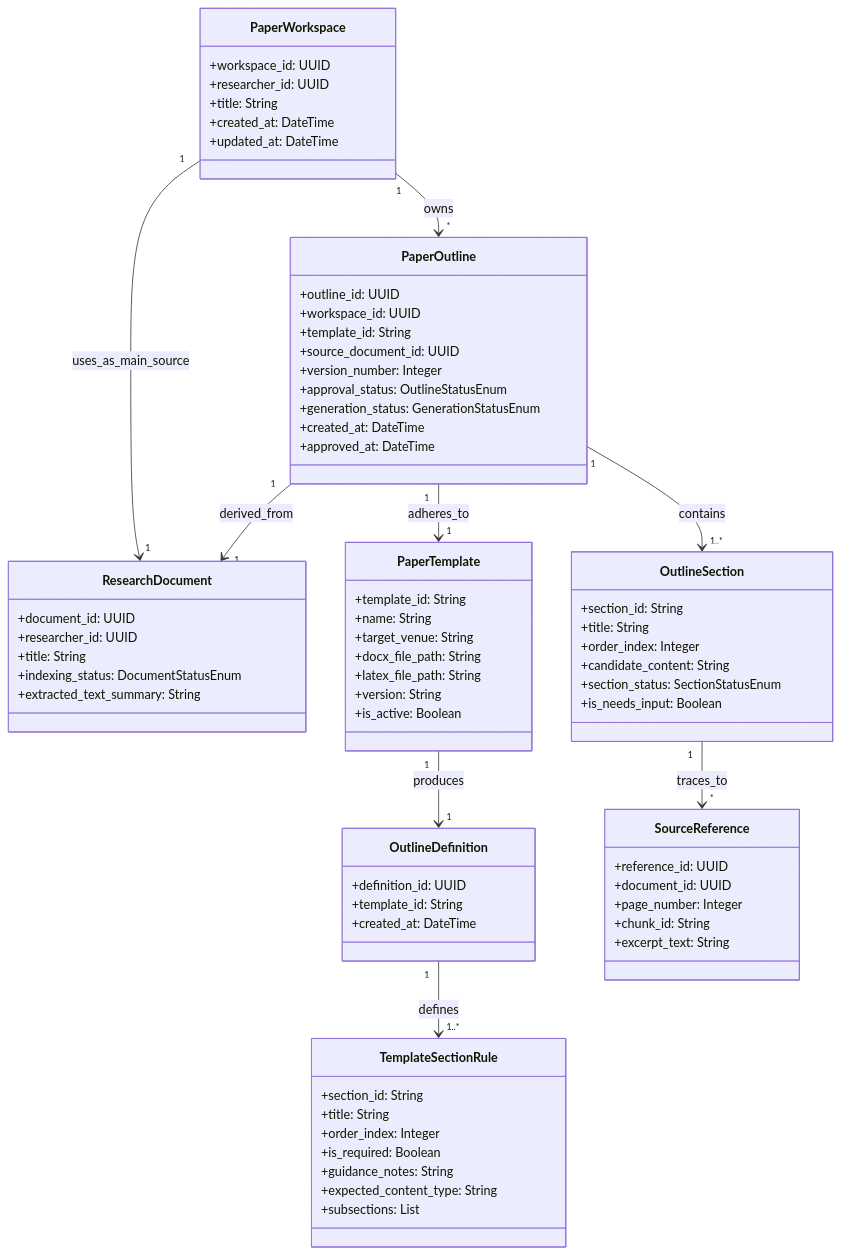
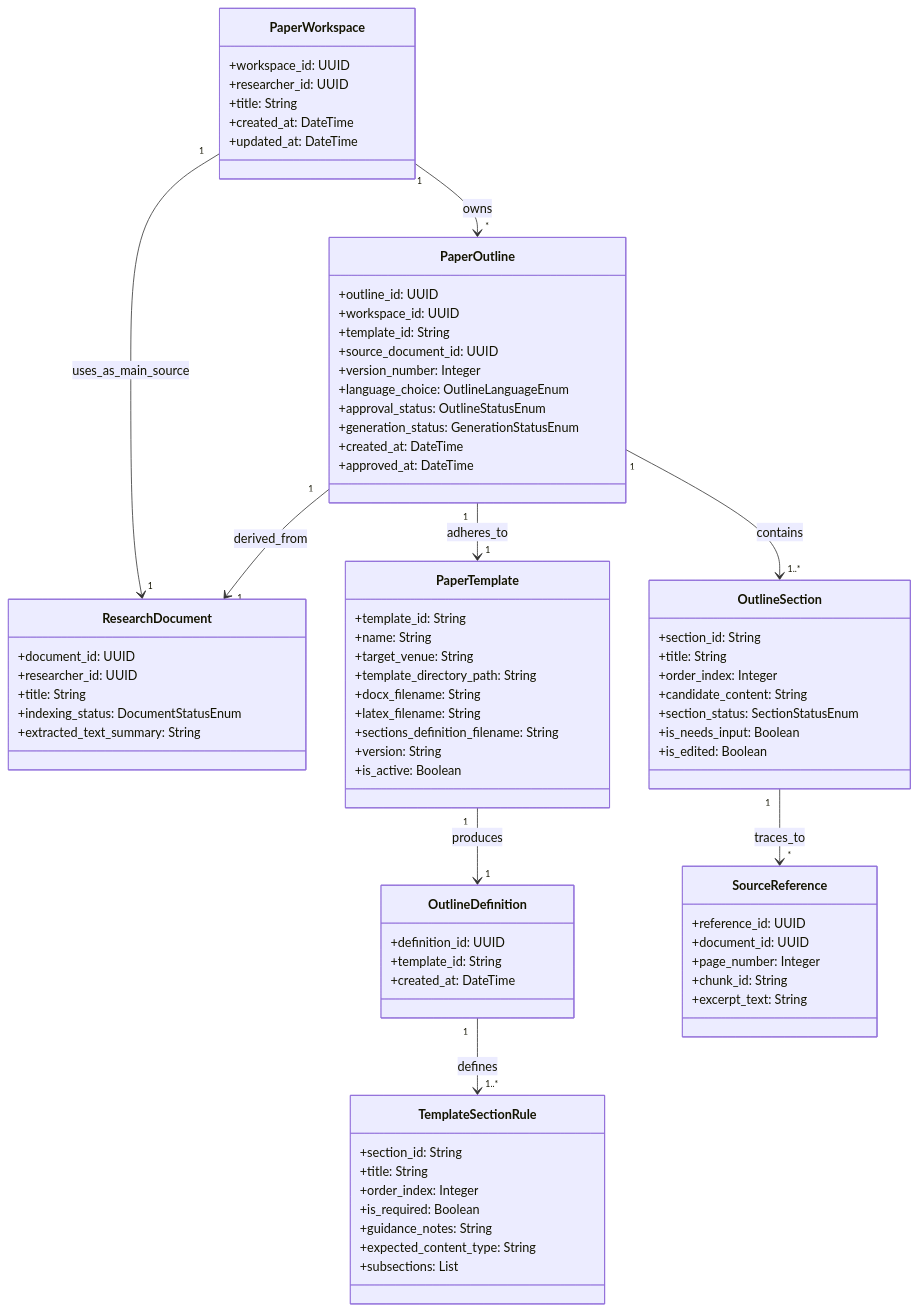
The third of 3 diagrams in specs/004-paper-outline-generation/spec.md (Gzaa19/Telaah), drawn with Mermaid before and after one commit. The commit also changed other lines of this file and 2 other files, not shown here.

Commit message:
docs(spec): resolve template structure, multi-language, and regeneration clarifications for UC-04

```diff
--- a/specs/004-paper-outline-generation/spec.md
+++ b/specs/004-paper-outline-generation/spec.md
@@ -257,8 +290,10 @@
         +template_id: String
         +name: String
         +target_venue: String
-        +docx_file_path: String
-        +latex_file_path: String
+        +template_directory_path: String
+        +docx_filename: String
+        +latex_filename: String
+        +sections_definition_filename: String
         +version: String
         +is_active: Boolean
     }
@@ -285,6 +320,7 @@
         +template_id: String
         +source_document_id: UUID
         +version_number: Integer
+        +language_choice: OutlineLanguageEnum
         +approval_status: OutlineStatusEnum
         +generation_status: GenerationStatusEnum
         +created_at: DateTime
@@ -298,6 +334,7 @@
         +candidate_content: String
         +section_status: SectionStatusEnum
         +is_needs_input: Boolean
+        +is_edited: Boolean
     }
 
     class SourceReference {
```
